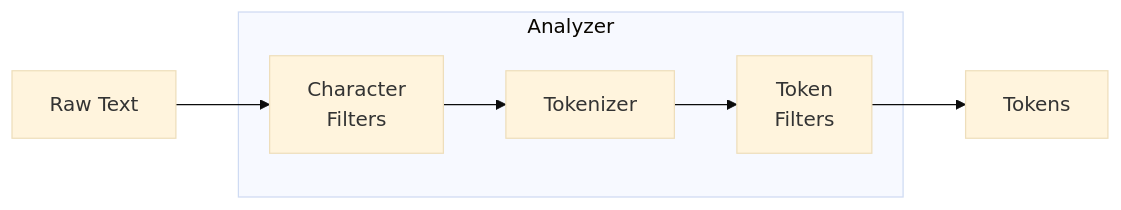
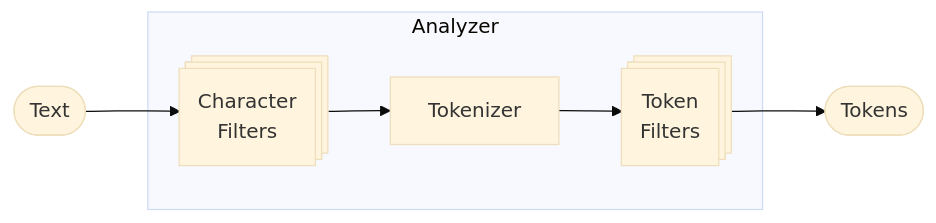
Before and after one commit to maruyamaworks/dynamosearch: the diagram in docs/guide/text-analysis.md, drawn with Mermaid (base theme). The commit also changed 3 other files, not shown here.

Commit message:
docs: update mermaid diagrams

````diff
--- a/docs/guide/text-analysis.md
+++ b/docs/guide/text-analysis.md
@@ -9,9 +9,11 @@
 ```mermaid
 graph LR
-    A[Raw Text] --> B[Character<br>Filters]
+    A([Text]) --> B@{ shape: processes, label: "Character
+    Filters" }
     subgraph Analyzer
-        B --> C[Tokenizer]
-        C --> D[Token<br>Filters]
+        B --> C@{ share: rect, label: "Tokenizer" }
+        C --> D@{ shape: processes, label: "Token
+        Filters" }
     end
-    D --> E[Tokens]
+    D --> E([Tokens])
 ```
````
